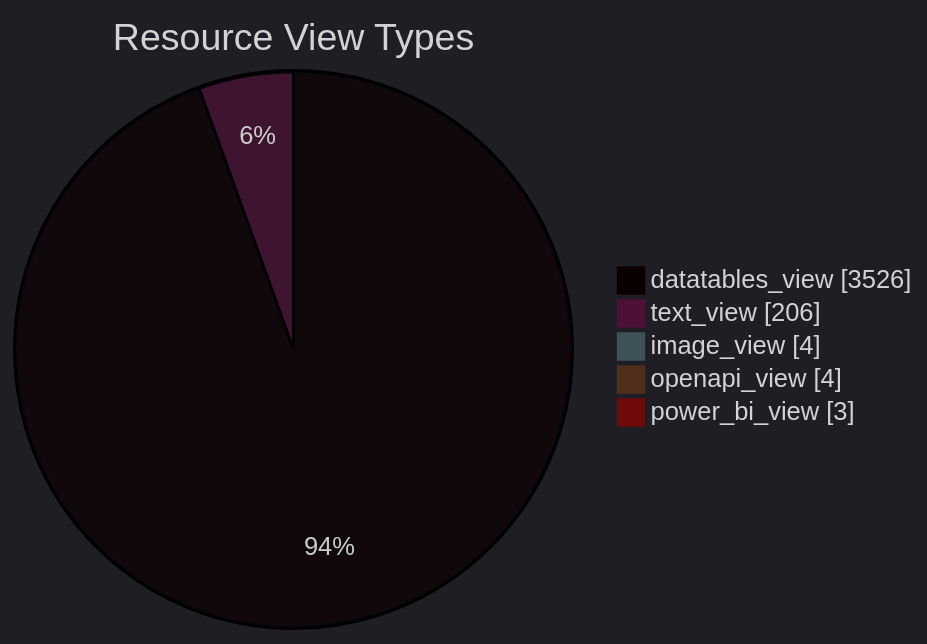
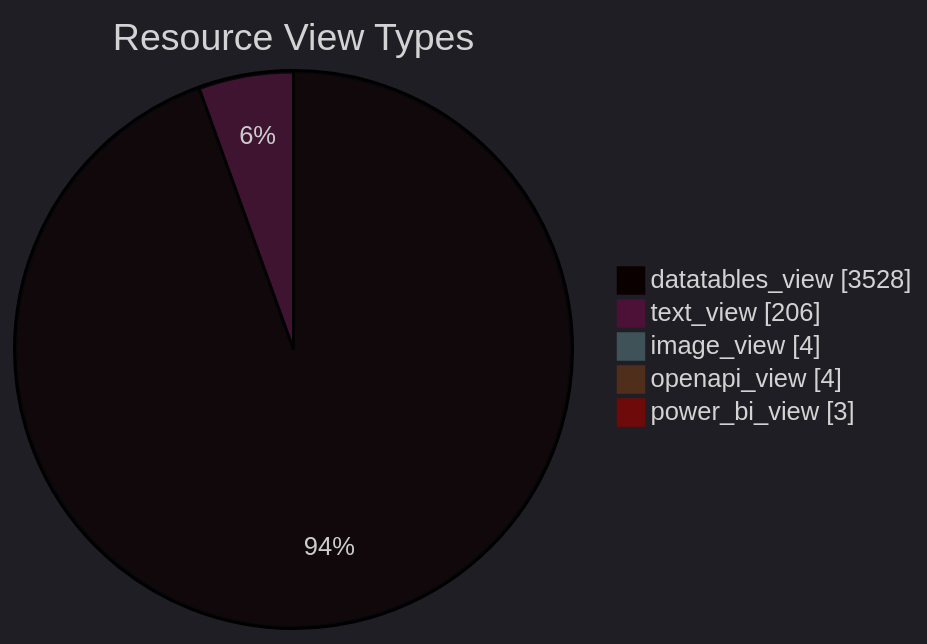
One commit to open-data/analytics-corporate-reporting changed the diagram in datastore_tracker/resource_view_types_pie_chart.md. Above: the diagram before and after it, drawn with Mermaid. The commit also changed 9 other files, not shown here.

````diff
--- a/datastore_tracker/resource_view_types_pie_chart.md
+++ b/datastore_tracker/resource_view_types_pie_chart.md
@@ -2,12 +2,12 @@
 ```mermaid
 ---
 config:
   theme: dark
 ---
 pie showData title Resource View Types
-    "datatables_view": 3526
+    "datatables_view": 3528
     "text_view": 206
     "image_view": 4
     "openapi_view": 4
     "power_bi_view": 3
 ```
````
